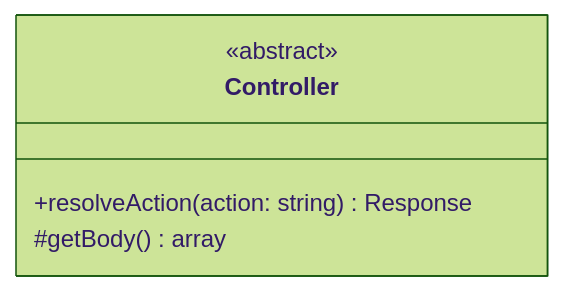
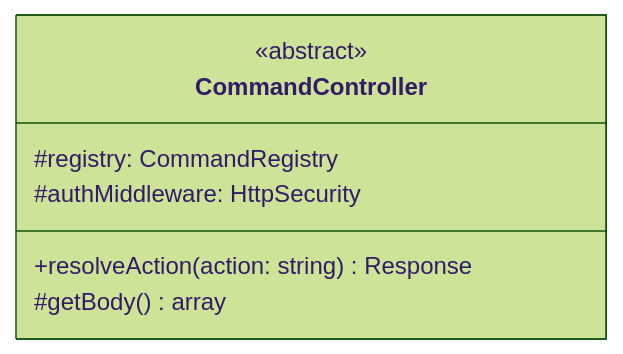
The first of 5 diagrams in consegna docu/architettura_base/Controller.md (mb4dev/progetto-prova), drawn with Mermaid (forest theme) before and after one commit. The commit also changed other lines of this file and 6 other files, not shown here.

````diff
--- a/consegna docu/architettura_base/Controller.md
+++ b/consegna docu/architettura_base/Controller.md
@@ -11,8 +11,10 @@
 ```mermaid
 classDiagram
-class Controller {
+class CommandController {
     <<abstract>>
+    #registry: CommandRegistry
+    #authMiddleware: HttpSecurity
     +resolveAction(action: string) Response
     #getBody() array
 }
 ```
````
